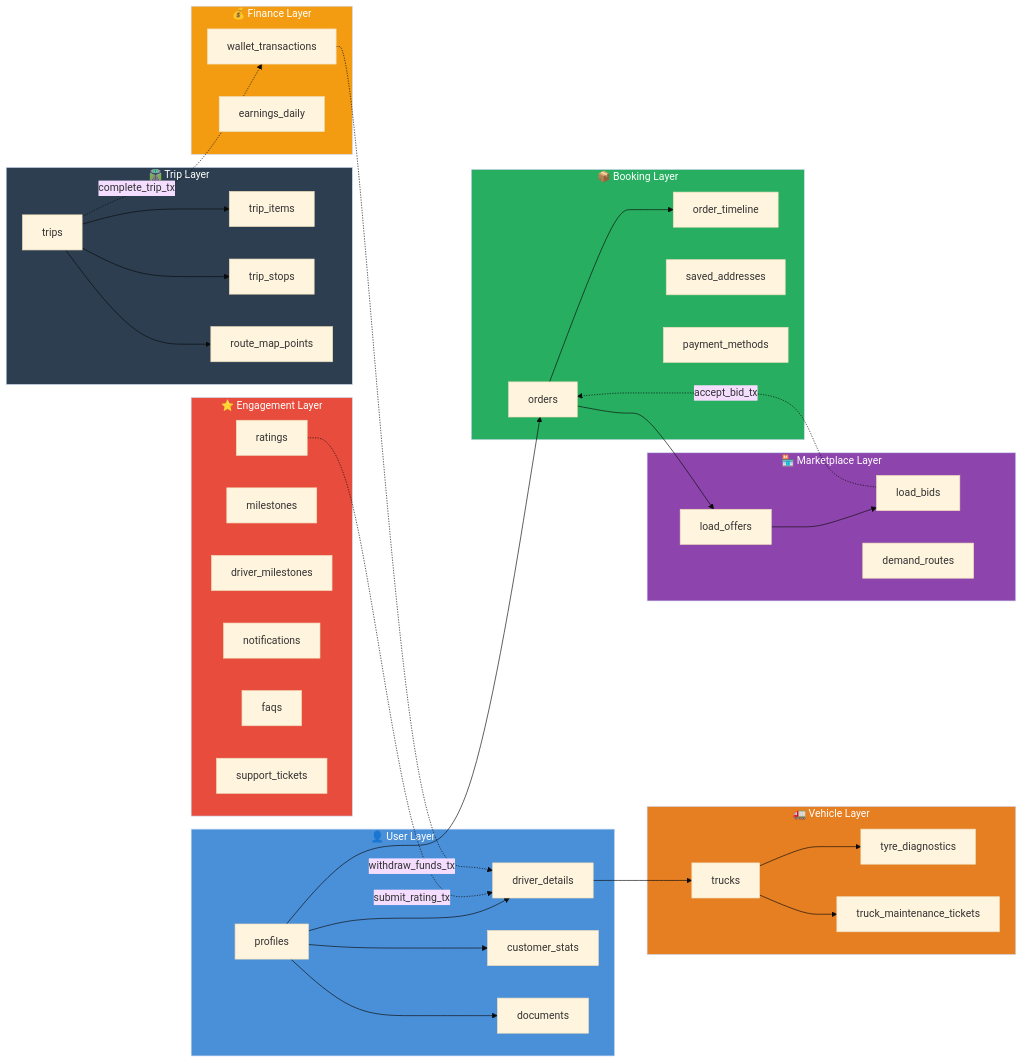
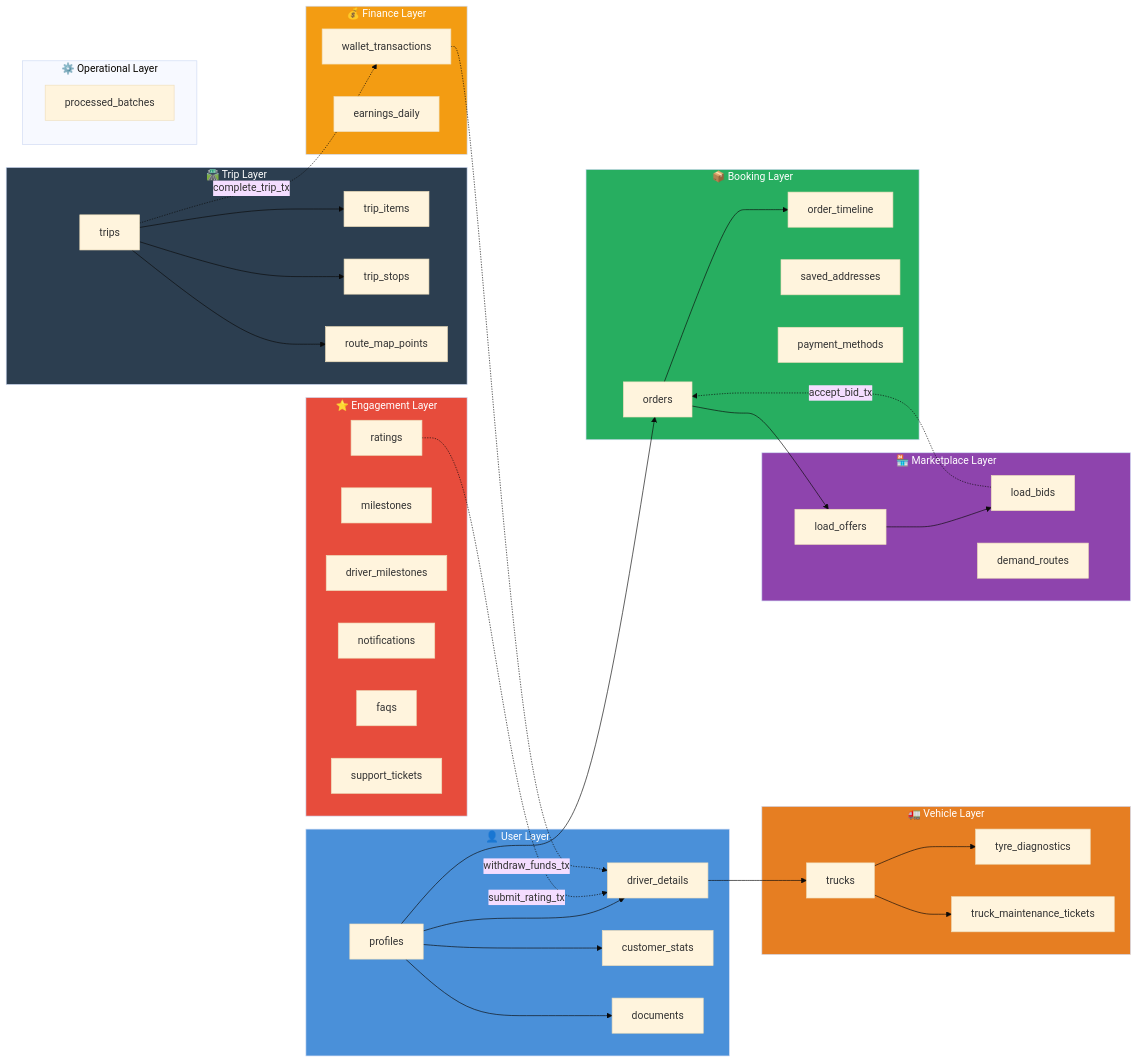
One commit to KrutagyaKaneria/Truxify changed the second of 3 diagrams in docs/schema.md. Above: the diagram before and after it, drawn with Mermaid (base theme). The commit also changed other lines of this file and 3 other files, not shown here.

Commit message:
fix(db): add processed_batches schema for offline sync

````diff
--- a/docs/schema.md
+++ b/docs/schema.md
@@ -322,75 +331,79 @@
 ```mermaid
 graph LR
     subgraph USER["👤 User Layer"]
         P[profiles]
         DD[driver_details]
         CS[customer_stats]
         DOC[documents]
     end
 
     subgraph VEHICLE["🚛 Vehicle Layer"]
         T[trucks]
         TD[tyre_diagnostics]
         TMT[truck_maintenance_tickets]
     end
 
     subgraph BOOKING["📦 Booking Layer"]
         O[orders]
         OT[order_timeline]
         SA[saved_addresses]
         PM[payment_methods]
     end
 
     subgraph MARKETPLACE["🏪 Marketplace Layer"]
         LO[load_offers]
         LB[load_bids]
         DR[demand_routes]
     end
 
     subgraph TRIP["🛣️ Trip Layer"]
         TR[trips]
         TI[trip_items]
         TS[trip_stops]
         RMP[route_map_points]
     end
 
     subgraph FINANCE["💰 Finance Layer"]
         WT[wallet_transactions]
         ED[earnings_daily]
     end
 
+    subgraph OP["⚙️ Operational Layer"]
+        PB[processed_batches]
+    end
+
     subgraph ENGAGEMENT["⭐ Engagement Layer"]
         R[ratings]
         M[milestones]
         DM[driver_milestones]
         N[notifications]
         FAQ[faqs]
         ST[support_tickets]
     end
 
     P --> DD
     P --> CS
     P --> DOC
     DD --> T
     T --> TD
     T --> TMT
     P --> O
     O --> OT
     O --> LO
     LO --> LB
     LB -.->|accept_bid_tx| O
     TR --> TI
     TR --> TS
     TR --> RMP
     TR -.->|complete_trip_tx| WT
     R -.->|submit_rating_tx| DD
     WT -.->|withdraw_funds_tx| DD
 
     style USER fill:#4a90d9,color:#fff
     style VEHICLE fill:#e67e22,color:#fff
     style BOOKING fill:#27ae60,color:#fff
     style MARKETPLACE fill:#8e44ad,color:#fff
     style TRIP fill:#2c3e50,color:#fff
     style FINANCE fill:#f39c12,color:#fff
     style ENGAGEMENT fill:#e74c3c,color:#fff
 ```
````
